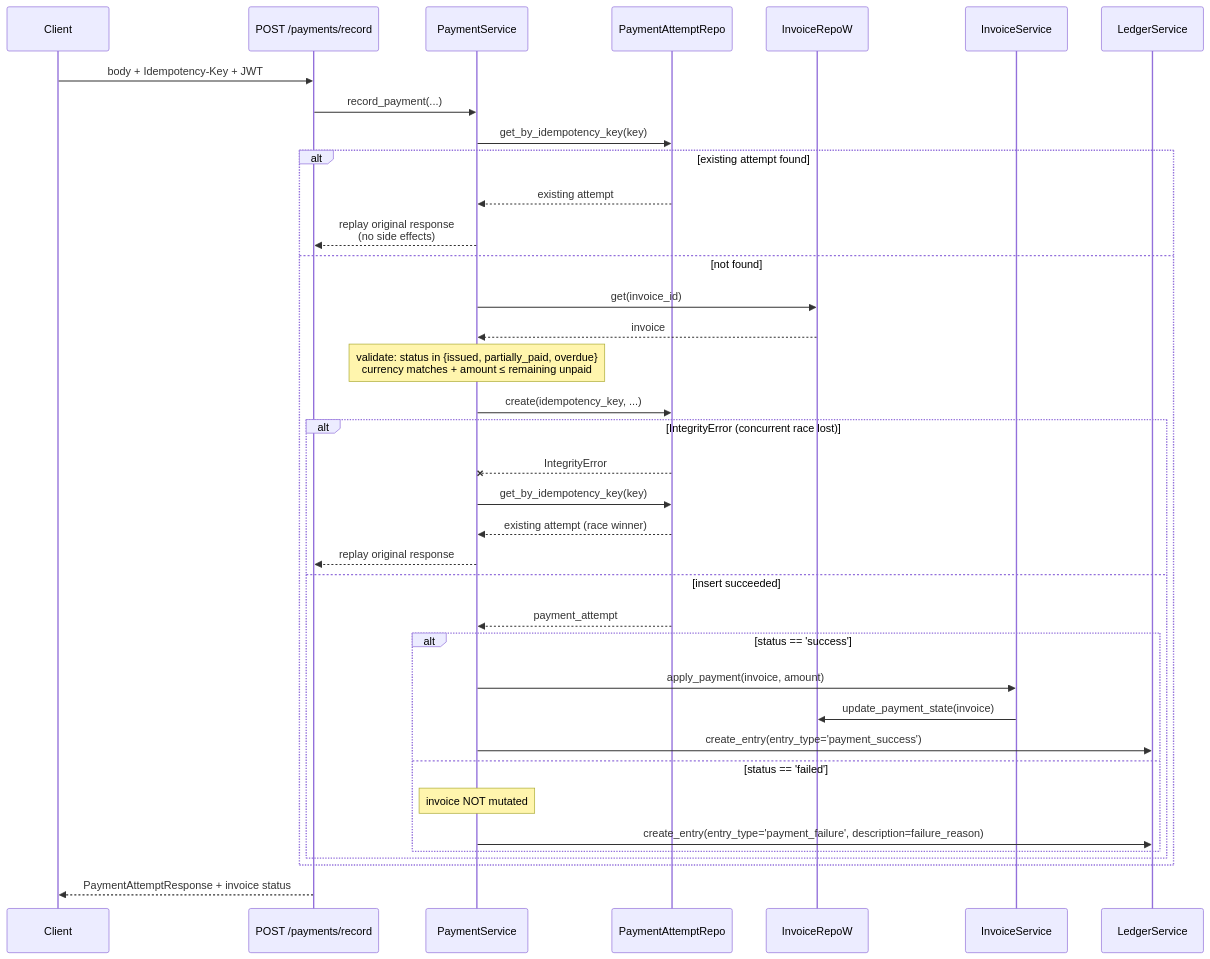
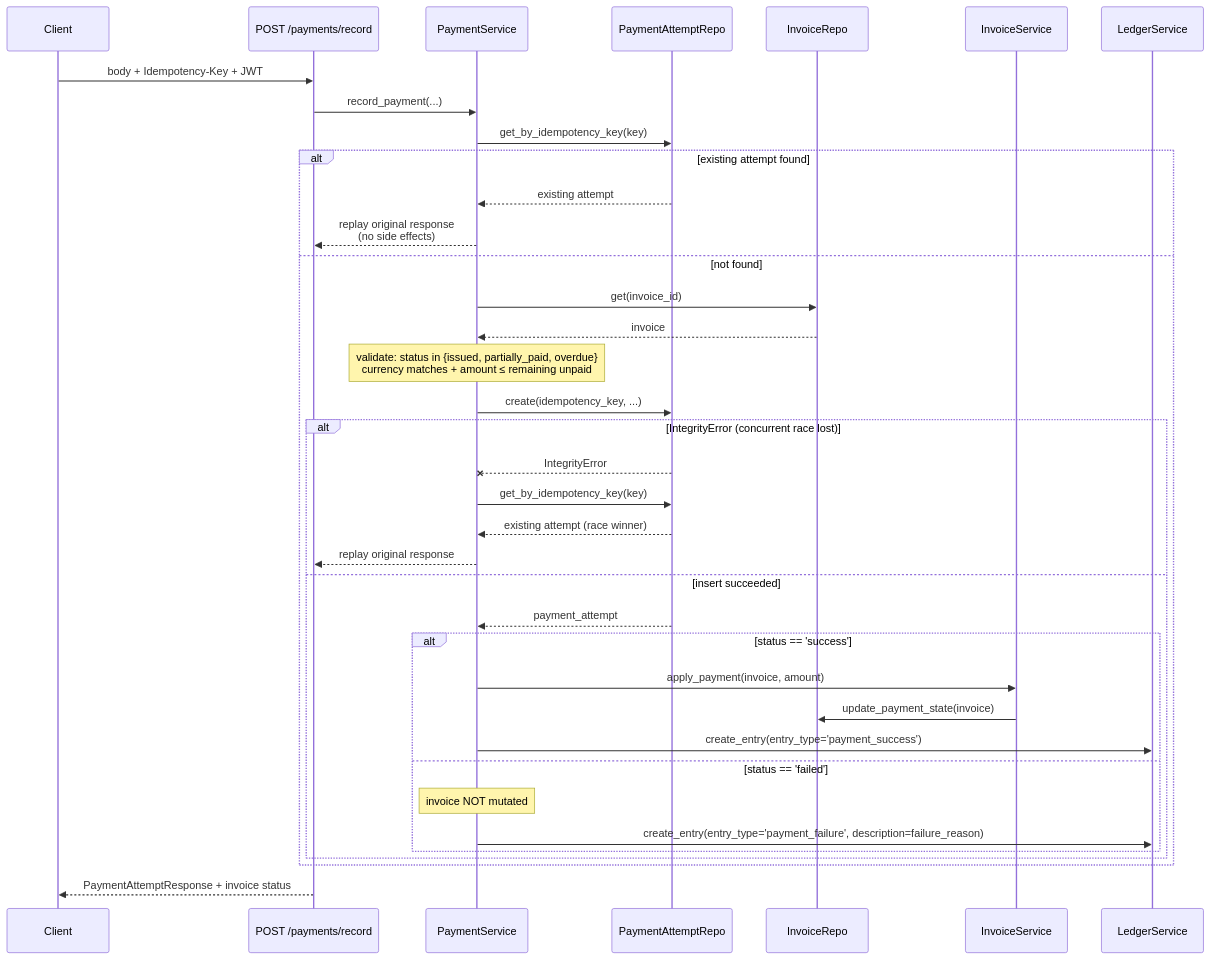
One commit to utkarsh-vats/subledger_backend changed the third of 3 diagrams in DESIGN.md. Above: the diagram before and after it, drawn with Mermaid. The commit also changed other lines of this file and 15 other files, not shown here.

Commit message:
feat: models - 6 ORM entities, initial schema migration, EXPIRED state

````diff
--- a/DESIGN.md
+++ b/DESIGN.md
@@ -336,41 +338,41 @@
 ```mermaid
 sequenceDiagram
     participant Client
     participant Route as POST /payments/record
     participant PaySvc as PaymentService
     participant PARepo as PaymentAttemptRepo
-    participant InvRepo as InvoiceRepoW
+    participant InvRepo as InvoiceRepo
     participant InvSvc as InvoiceService
     participant LedSvc as LedgerService
 
     Client->>Route: body + Idempotency-Key + JWT
     Route->>PaySvc: record_payment(...)
 
     PaySvc->>PARepo: get_by_idempotency_key(key)
     alt existing attempt found
         PARepo-->>PaySvc: existing attempt
         PaySvc-->>Route: replay original response<br/>(no side effects)
     else not found
         PaySvc->>InvRepo: get(invoice_id)
         InvRepo-->>PaySvc: invoice
         Note over PaySvc: validate: status in {issued, partially_paid, overdue}<br/>currency matches + amount ≤ remaining unpaid
         PaySvc->>PARepo: create(idempotency_key, ...)
         alt IntegrityError (concurrent race lost)
             PARepo--xPaySvc: IntegrityError
             PaySvc->>PARepo: get_by_idempotency_key(key)
             PARepo-->>PaySvc: existing attempt (race winner)
             PaySvc-->>Route: replay original response
         else insert succeeded
             PARepo-->>PaySvc: payment_attempt
             alt status == 'success'
                 PaySvc->>InvSvc: apply_payment(invoice, amount)
                 InvSvc->>InvRepo: update_payment_state(invoice)
                 PaySvc->>LedSvc: create_entry(entry_type='payment_success')
             else status == 'failed'
                 Note over PaySvc: invoice NOT mutated
                 PaySvc->>LedSvc: create_entry(entry_type='payment_failure', description=failure_reason)
             end
         end
     end
     Route-->>Client: PaymentAttemptResponse + invoice status
 ```
````
